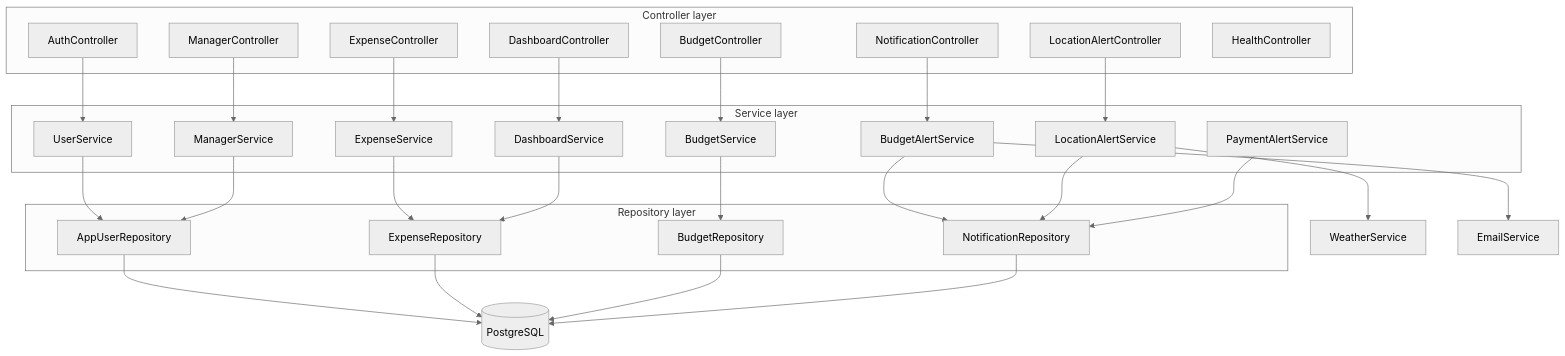
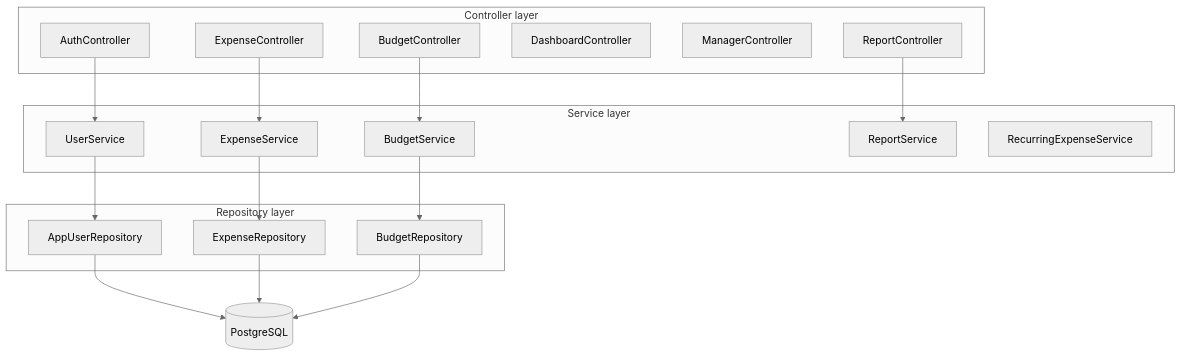
One commit to lakshyavadera65-cloud/EXPENSIFY changed the second of 2 diagrams in README.md. Above: the diagram before and after it, drawn with Mermaid (neutral theme). The commit also changed other lines of this file, not shown here.

````diff
--- a/README.md
+++ b/README.md
@@ -38,52 +38,35 @@
 ```mermaid
 flowchart TB
     subgraph API["Controller layer"]
         C1["AuthController"]
         C2["ExpenseController"]
         C3["BudgetController"]
         C4["DashboardController"]
         C5["ManagerController"]
-        C6["NotificationController"]
-        C7["LocationAlertController"]
-        C8["HealthController"]
+        C6["ReportController"]
     end
     subgraph SVC["Service layer"]
         S1["UserService"]
         S2["ExpenseService"]
         S3["BudgetService"]
-        S4["BudgetAlertService"]
-        S5["DashboardService"]
-        S6["ManagerService"]
-        S7["LocationAlertService"]
-        S8["PaymentAlertService"]
+        S4["ReportService"]
+        S5["RecurringExpenseService"]
     end
     subgraph REPO["Repository layer"]
         R1["AppUserRepository"]
         R2["ExpenseRepository"]
         R3["BudgetRepository"]
-        R4["NotificationRepository"]
     end
     DB[("PostgreSQL")]
 
     C1 --> S1
     C2 --> S2
     C3 --> S3
-    C4 --> S5
-    C5 --> S6
     C6 --> S4
-    C7 --> S7
     S1 --> R1
     S2 --> R2
     S3 --> R3
-    S4 --> R4
-    S5 --> R2
-    S6 --> R1
-    S7 --> R4
-    S8 --> R4
     R1 --> DB
     R2 --> DB
     R3 --> DB
-    R4 --> DB
-    S7 --> WS["WeatherService"]
-    S4 --> ES["EmailService"]
 ```
````
